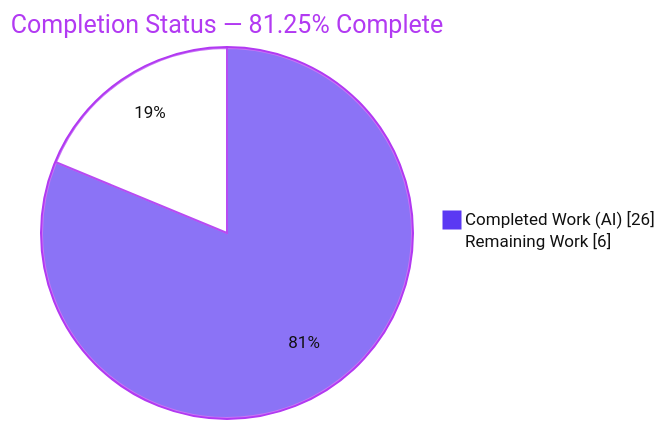
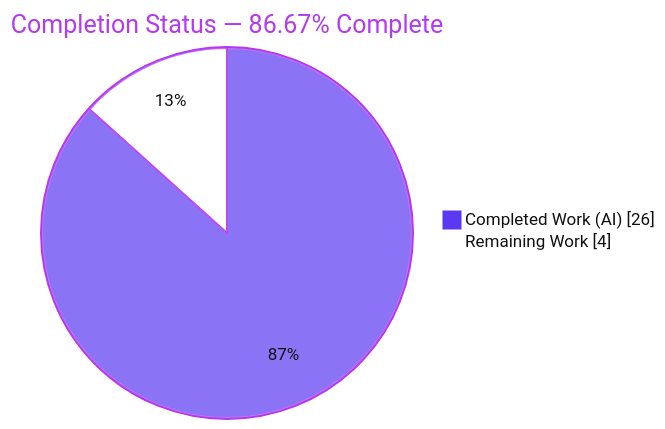
One commit to blitzy-public-samples/blitzy-WebVella-ERP changed the first of 3 diagrams in blitzy/documentation/Project Guide.md. Above: the diagram before and after it, drawn with Mermaid. The commit also changed other lines of this file and 1 other file, not shown here.

````diff
--- a/blitzy/documentation/Project Guide.md
+++ b/blitzy/documentation/Project Guide.md
@@ -18,6 +18,6 @@
 ```mermaid
 %%{init: {'theme':'base', 'themeVariables': {'pie1':'#5B39F3','pie2':'#FFFFFF','pieStrokeColor':'#B23AF2','pieOuterStrokeColor':'#B23AF2','pieTitleTextColor':'#B23AF2','pieSectionTextColor':'#111111','pieLegendTextColor':'#111111','pieStrokeWidth':'2px','pieOuterStrokeWidth':'2px'}}}%%
-pie showData title Completion Status — 81.25% Complete
+pie showData title Completion Status — 86.67% Complete
     "Completed Work (AI)" : 26
-    "Remaining Work" : 6
+    "Remaining Work" : 4
 ```
````
